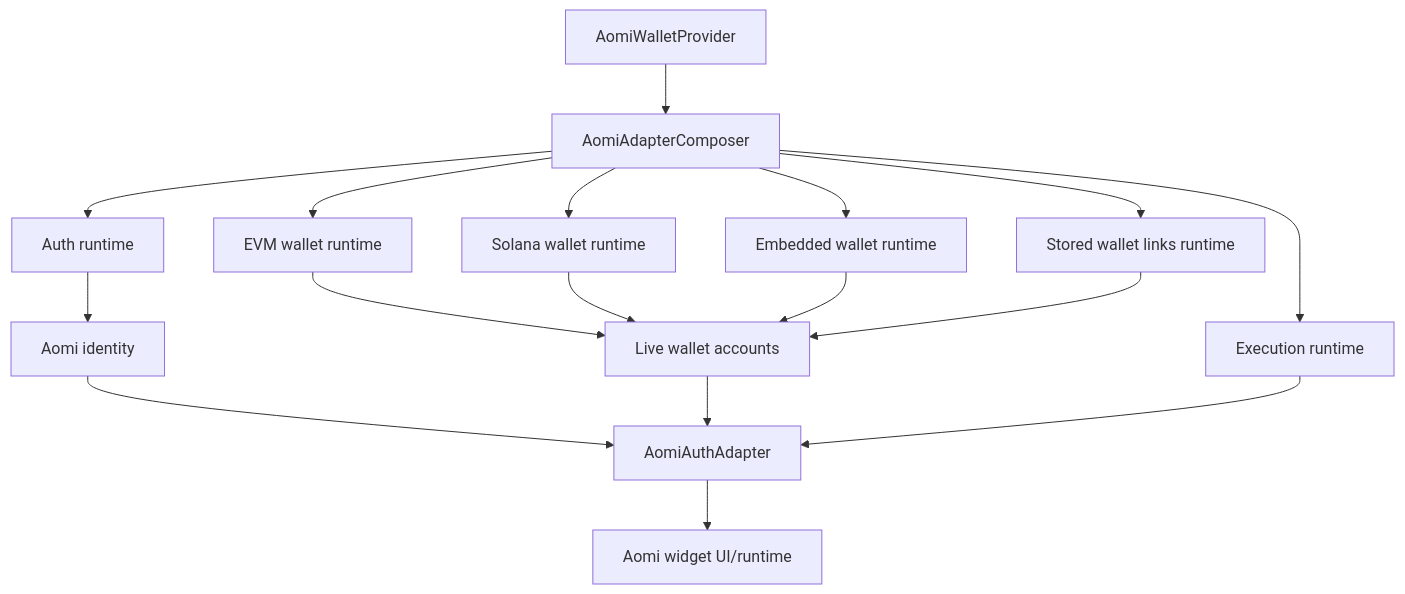
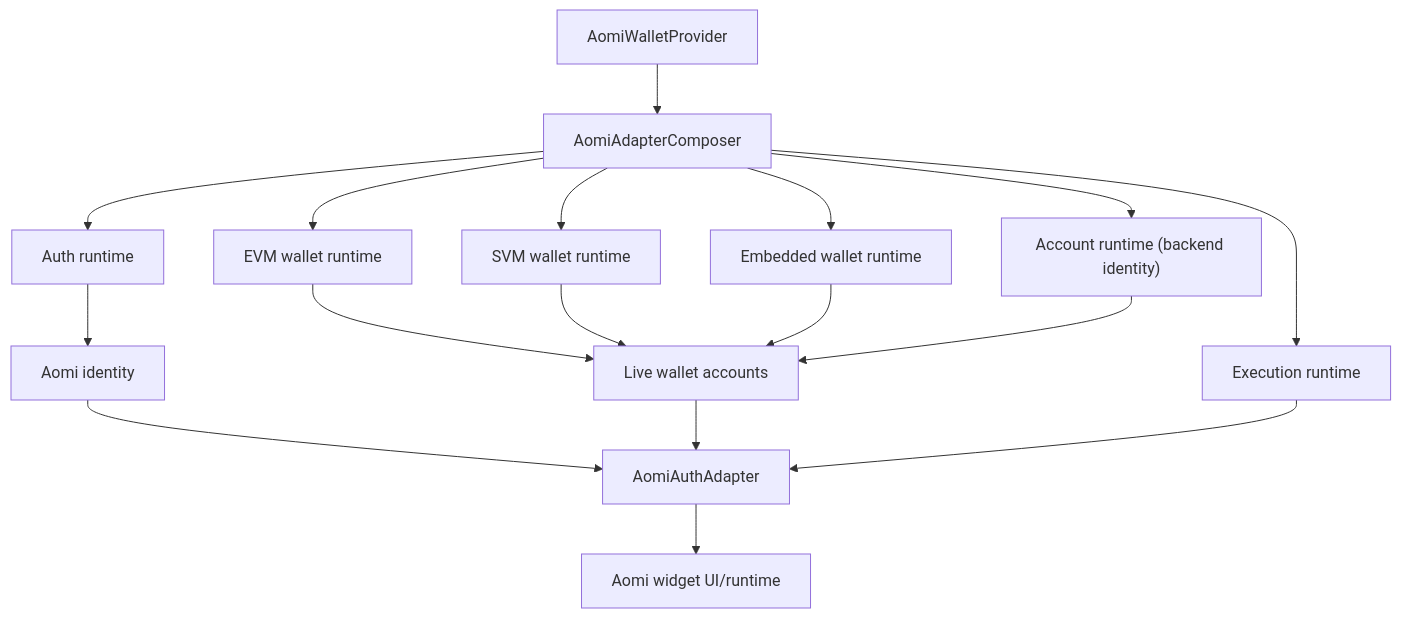
Before and after one commit to aomi-labs/aomi-widget: the first of 3 diagrams in specs/WALLET-PROVIDER-PLUGIN-REFACTOR.md, drawn with Mermaid. The commit also changed other lines of this file and 6 other files, not shown here.

Commit message:
Refactor landing theme and assistant UI flows

````diff
--- a/specs/WALLET-PROVIDER-PLUGIN-REFACTOR.md
+++ b/specs/WALLET-PROVIDER-PLUGIN-REFACTOR.md
@@ -61,22 +135,22 @@
 ```mermaid
 flowchart TD
   Provider["AomiWalletProvider"] --> Composer["AomiAdapterComposer"]
 
   Composer --> Auth["Auth runtime"]
   Composer --> EVM["EVM wallet runtime"]
-  Composer --> SVM["Solana wallet runtime"]
+  Composer --> SVM["SVM wallet runtime"]
   Composer --> Embedded["Embedded wallet runtime"]
   Composer --> Exec["Execution runtime"]
-  Composer --> Links["Stored wallet links runtime"]
+  Composer --> Account["Account runtime (backend identity)"]
 
   Auth --> Identity["Aomi identity"]
   EVM --> Accounts["Live wallet accounts"]
   SVM --> Accounts
   Embedded --> Accounts
-  Links --> Accounts
+  Account --> Accounts
 
   Identity --> Adapter["AomiAuthAdapter"]
   Accounts --> Adapter
   Exec --> Adapter
   Adapter --> Widget["Aomi widget UI/runtime"]
 ```
````
